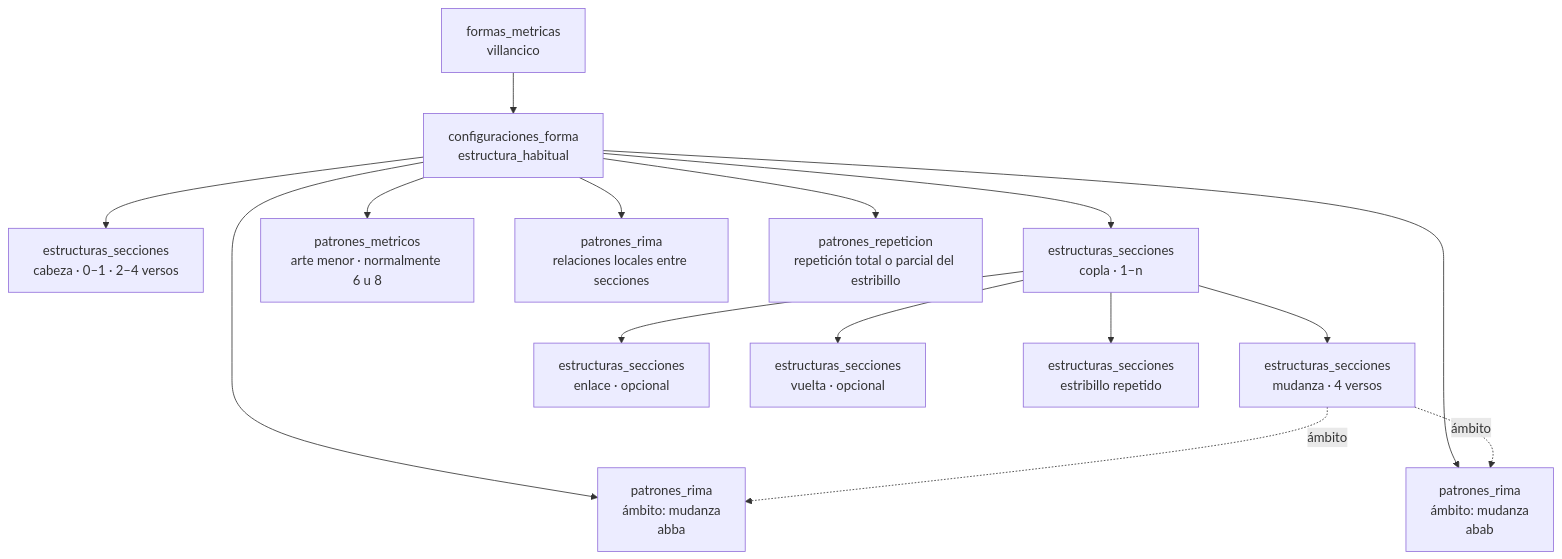
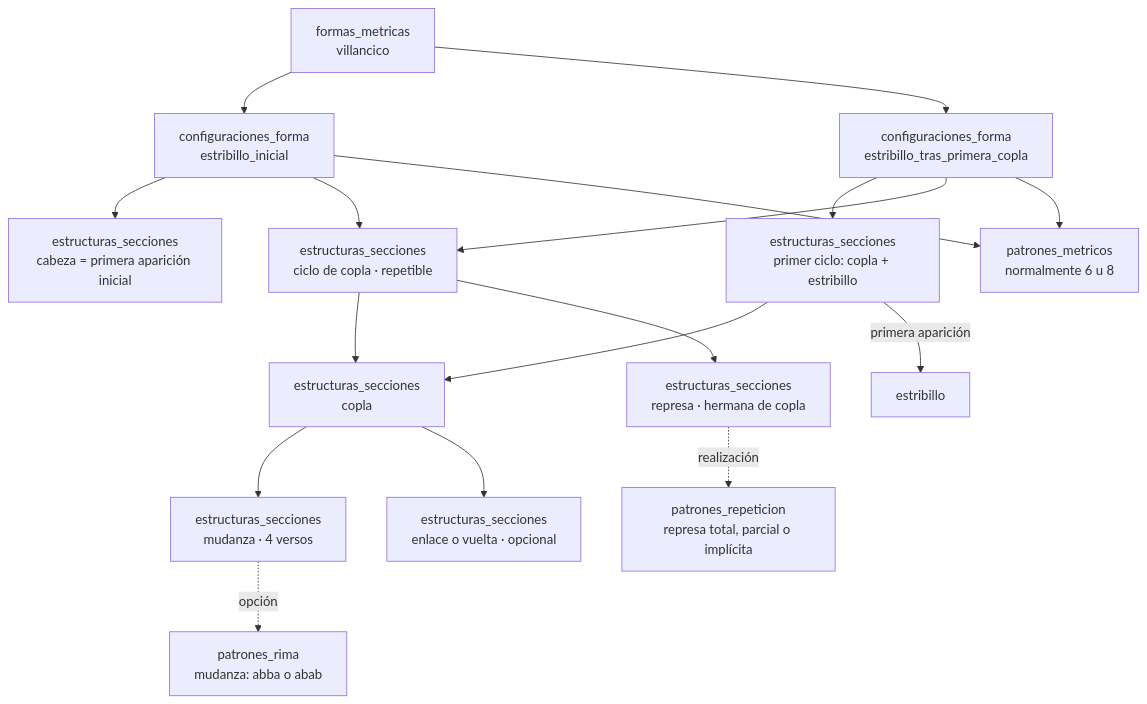
Before and after one commit to metadramaub/metadrama_db: the fourth of 9 diagrams in docs/dominio-metrico/ejemplos-formalizacion-ontologia-metrica.md, drawn with Mermaid. The commit also changed other lines of this file and 17 other files, not shown here.

````diff
--- a/docs/dominio-metrico/ejemplos-formalizacion-ontologia-metrica.md
+++ b/docs/dominio-metrico/ejemplos-formalizacion-ontologia-metrica.md
@@ -281,35 +282,36 @@
 ```mermaid
 flowchart TB
     F["formas_metricas<br/>villancico"]
-    C["configuraciones_forma<br/>estructura_habitual"]
+    C1["configuraciones_forma<br/>estribillo_inicial"]
+    C2["configuraciones_forma<br/>estribillo_tras_primera_copla"]
 
-    H["estructuras_secciones<br/>cabeza · 0–1 · 2–4 versos"]
-    CO["estructuras_secciones<br/>copla · 1–n"]
+    H["estructuras_secciones<br/>cabeza = primera aparición inicial"]
+    P["estructuras_secciones<br/>primer ciclo: copla + estribillo"]
+    CI["estructuras_secciones<br/>ciclo de copla · repetible"]
+    CO["estructuras_secciones<br/>copla"]
     MU["estructuras_secciones<br/>mudanza · 4 versos"]
-    EN["estructuras_secciones<br/>enlace · opcional"]
-    VU["estructuras_secciones<br/>vuelta · opcional"]
-    ES["estructuras_secciones<br/>estribillo repetido"]
+    EN["estructuras_secciones<br/>enlace o vuelta · opcional"]
+    RE["estructuras_secciones<br/>represa · hermana de copla"]
 
-    PM["patrones_metricos<br/>arte menor · normalmente 6 u 8"]
-    PR["patrones_rima<br/>relaciones locales entre secciones"]
-    PRE["patrones_repeticion<br/>repetición total o parcial del estribillo"]
+    PM["patrones_metricos<br/>normalmente 6 u 8"]
+    PR["patrones_rima<br/>mudanza: abba o abab"]
+    PRE["patrones_repeticion<br/>represa total, parcial o implícita"]
 
-    PR1["patrones_rima<br/>ámbito: mudanza<br/>abba"]
-    PR2["patrones_rima<br/>ámbito: mudanza<br/>abab"]
-
-    F --> C
-    C --> H
-    C --> CO
+    F --> C1
+    F --> C2
+    C1 --> H
+    C1 --> CI
+    C2 --> P
+    C2 --> CI
+    P --> CO
+    P -->|"primera aparición"| E["estribillo"]
+    CI --> CO
+    CI --> RE
     CO --> MU
     CO --> EN
-    CO --> VU
-    CO --> ES
-    C --> PM
-    C --> PR
-    C --> PRE
-    C --> PR1
-    C --> PR2
-    MU -. ámbito .-> PR1
-    MU -. ámbito .-> PR2
+    C1 --> PM
+    C2 --> PM
+    MU -. opción .-> PR
+    RE -. realización .-> PRE
 
 ```
````
